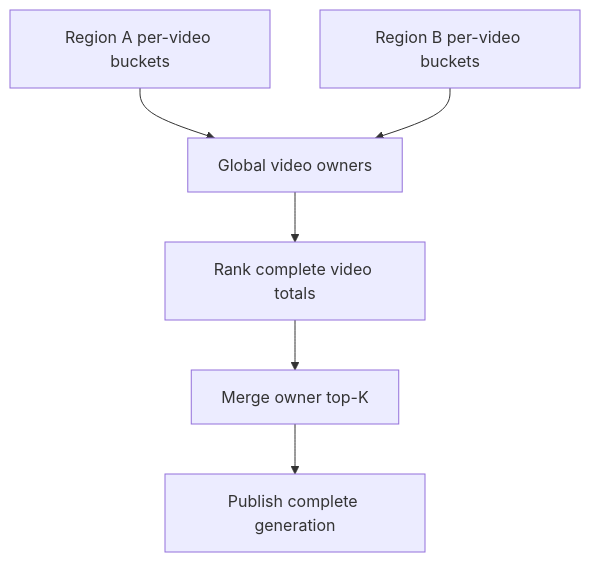
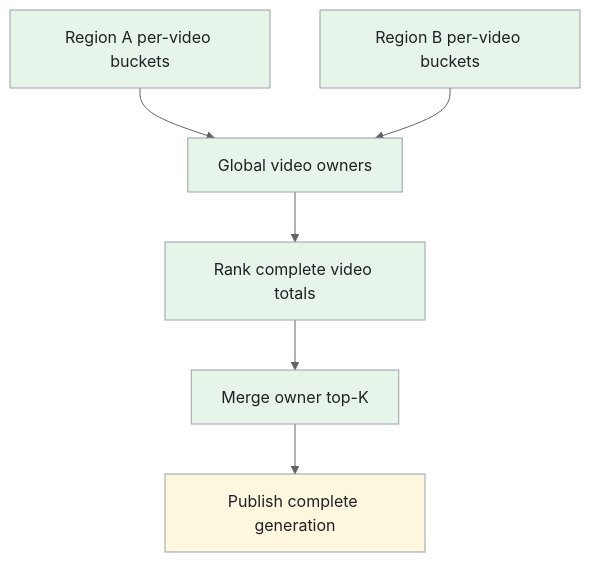
Before and after one commit to iliazlobin/iliazlobin.github.io: the fourth of 4 diagrams in _designs/system-design-youtube.md, drawn with Mermaid. The commit also changed other lines of this file and 25 other files, not shown here.

Commit message:
docs: explain Batch B design flows and tradeoffs

````diff
--- a/_designs/system-design-youtube.md
+++ b/_designs/system-design-youtube.md
@@ -260,8 +308,15 @@
 ```mermaid
+%%{init: {'theme':'base','themeVariables':{'primaryColor':'#e8f0fe','primaryTextColor':'#202124','primaryBorderColor':'#9aa0a6','lineColor':'#5f6368','secondaryColor':'#e6f4ea','tertiaryColor':'#fef7e0','actorBkg':'#e8f0fe','actorBorder':'#9aa0a6','actorTextColor':'#202124','noteBkgColor':'#fef7e0','noteTextColor':'#202124','noteBorderColor':'#9aa0a6','signalColor':'#5f6368','signalTextColor':'#202124','labelBoxBkgColor':'#fef7e0','labelBoxBorderColor':'#9aa0a6'}}}%%
 flowchart TB
   A["Region A per-video buckets"] --> O["Global video owners"]
   B["Region B per-video buckets"] --> O
   O --> L["Rank complete video totals"]
   L --> G["Merge owner top-K"]
   G --> P["Publish complete generation"]
+classDef request fill:#e8f0fe,stroke:#9aa0a6,color:#202124;
+classDef data fill:#e6f4ea,stroke:#9aa0a6,color:#202124;
+classDef control fill:#fef7e0,stroke:#9aa0a6,color:#202124;
+class A,B,O,L,G data;
+class P control;
+
 ```
````
